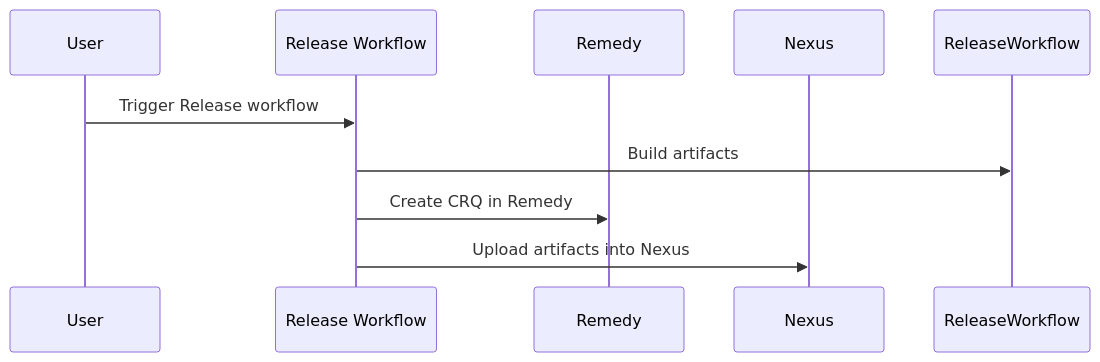
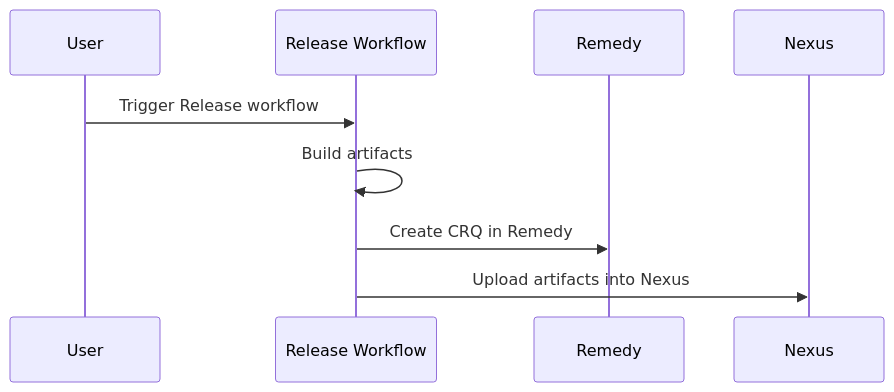
One commit to devarab1/Diagrams changed the second of 3 diagrams in README.md. Above: the diagram before and after it, drawn with Mermaid.

````diff
--- a/README.md
+++ b/README.md
@@ -16,12 +16,12 @@
 ```mermaid
 sequenceDiagram
     participant User
     participant Release Workflow
     participant Remedy
     participant Nexus
 
     User->>Release Workflow: Trigger Release workflow
-    Release Workflow->>ReleaseWorkflow: Build artifacts
+    Release Workflow->>Release Workflow: Build artifacts
     Release Workflow->>Remedy: Create CRQ in Remedy
     Release Workflow->>Nexus: Upload artifacts into Nexus
 ```
````
